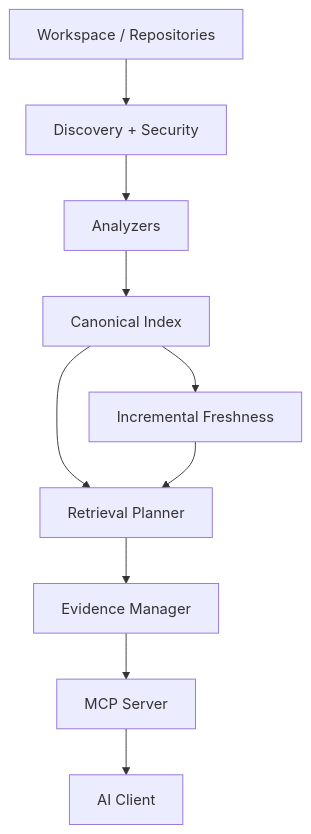
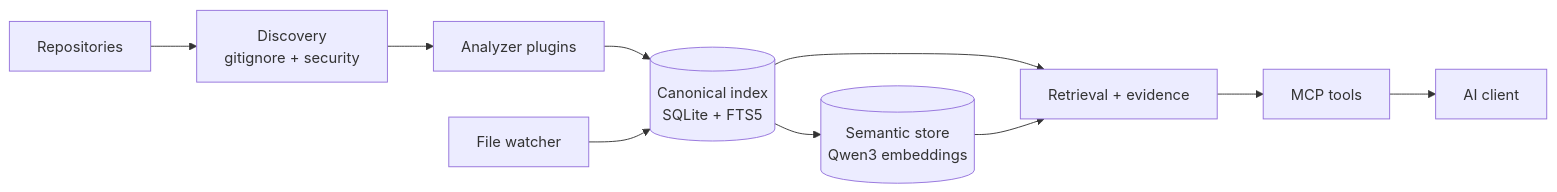
Before and after one commit to aman-5/attic: the first of 2 diagrams in README.md, drawn with Mermaid. The commit also changed other lines of this file and 4 other files, not shown here.

````diff
--- a/README.md
+++ b/README.md
@@ -319,12 +291,11 @@
 ```mermaid
-flowchart TD
-    A[Workspace / Repositories] --> B[Discovery + Security]
-    B --> C[Analyzers]
-    C --> D[Canonical Index]
-    D --> E[Incremental Freshness]
-    D --> F[Retrieval Planner]
-    E --> F
-    F --> G[Evidence Manager]
-    G --> H[MCP Server]
-    H --> I[AI Client]
+flowchart LR
+    R[Repositories] --> D[Discovery<br/>gitignore + security]
+    D --> A[Analyzer plugins]
+    A --> I[(Canonical index<br/>SQLite + FTS5)]
+    I --> S[(Semantic store<br/>Qwen3 embeddings)]
+    W[File watcher] --> I
+    I --> Q[Retrieval + evidence]
+    S --> Q
+    Q --> M[MCP tools] --> C[AI client]
 ```
````
